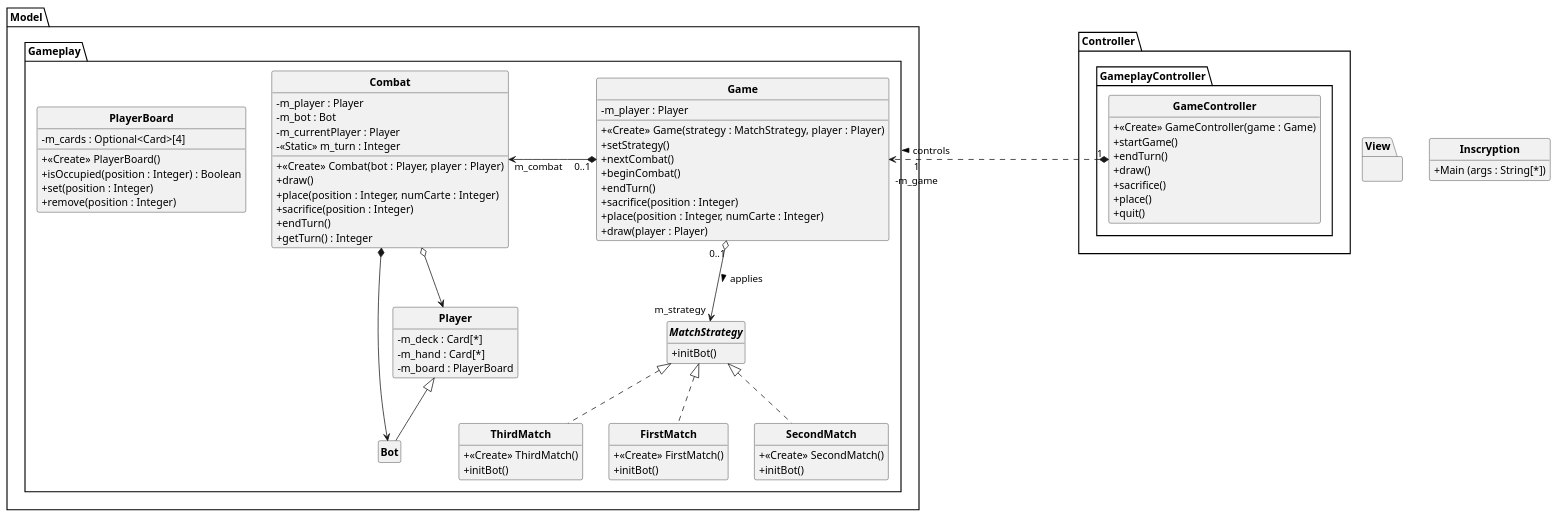
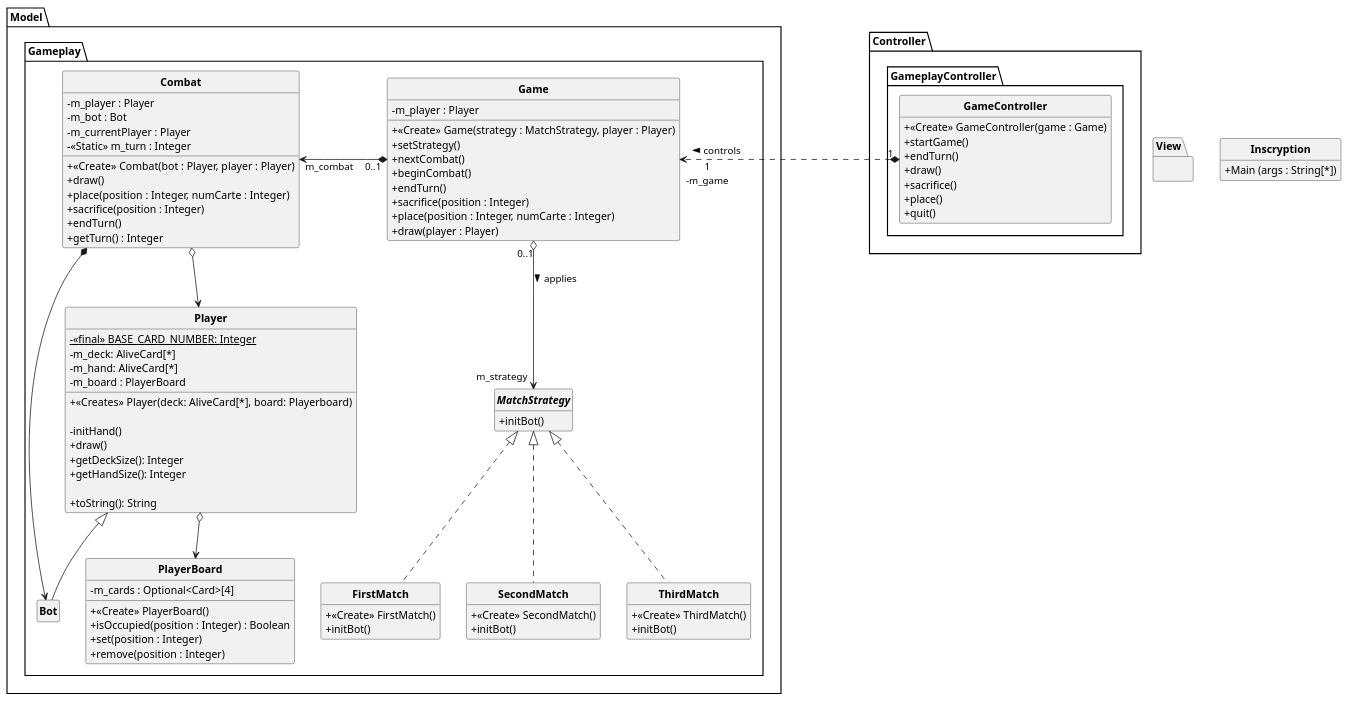
The diagram in uml/Game.puml (Guyomeuh/inscryption-tui), drawn with PlantUML before and after one commit.

Commit message:
ajouté classe Player

```diff
--- a/uml/Game.puml
+++ b/uml/Game.puml
@@ -1,121 +1,132 @@
 @startuml
 'https://plantuml.com/class-diagram
 
 skinparam classAttributeIconSize 0
 skinparam classFontStyle Bold
 skinparam style strictuml
 hide empty members
 
 class Inscryption
 {
     +Main (args : String[*])
 }
 
 package View
 {
 }
 package Model
 {
     package Gameplay
     {
         class Game
         {
             - m_player : Player
             +<<Create>> Game(strategy : MatchStrategy, player : Player)
             +setStrategy()
             +nextCombat()
             +beginCombat()
             +endTurn()
             +sacrifice(position : Integer)
             +place(position : Integer, numCarte : Integer)
             +draw(player : Player)
         }
 
         class Combat
         {
             - m_player : Player
             - m_bot : Bot
             - m_currentPlayer : Player
             - <<Static>> m_turn : Integer
             +<<Create>> Combat(bot : Player, player : Player)
             +draw()
             +place(position : Integer, numCarte : Integer)
             +sacrifice(position : Integer)
             +endTurn()
             +getTurn() : Integer
         }
 
 
 
         interface MatchStrategy
         {
             +initBot()
         }
 
         class FirstMatch implements MatchStrategy
         {
             +<<Create>> FirstMatch()
             +initBot()
         }
 
         class SecondMatch implements MatchStrategy
         {
             +<<Create>> SecondMatch()
             +initBot()
         }
 
         class ThirdMatch implements MatchStrategy
         {
             +<<Create>> ThirdMatch()
             +initBot()
         }
 
         Game "0..1" o--> "m_strategy" MatchStrategy  : > applies
         Game "0..1" *-l-> "m_combat" Combat :  \t\t\t
         Combat o--> Player
         Combat *-> Bot
 
         class PlayerBoard
         {
             -m_cards : Optional<Card>[4]
             +<<Create>> PlayerBoard()
             +isOccupied(position : Integer) : Boolean
             +set(position : Integer)
             +remove(position : Integer)
 
         }
 
         class Player
         {
-            - m_deck : Card[*]
-            - m_hand : Card[*]
+            - {static} <<final>> BASE_CARD_NUMBER: Integer
+            - m_deck: AliveCard[*] 
+            - m_hand: AliveCard[*]
             - m_board : PlayerBoard
 
+            + <<Creates>> Player(deck: AliveCard[*], board: Playerboard)
+
+            - initHand()
+            + draw()
+            + getDeckSize(): Integer
+            + getHandSize(): Integer
+
+            + toString(): String
         }
 
         class Bot extends Player
         {
         }
     }
 
 }
 
 package Controller
 {
     package GameplayController
     {
         class GameController
         {
             + <<Create>> GameController(game : Game)
             + startGame()
             + endTurn()
             + draw()
             + sacrifice()
             + place()
             + quit()
         }
     }
 }
 
 GameController "1" *.> "1\n-m_game" Game : > controls\t\t\t\t\t\t\t\t
+Player o--> PlayerBoard
+
 @enduml
```
